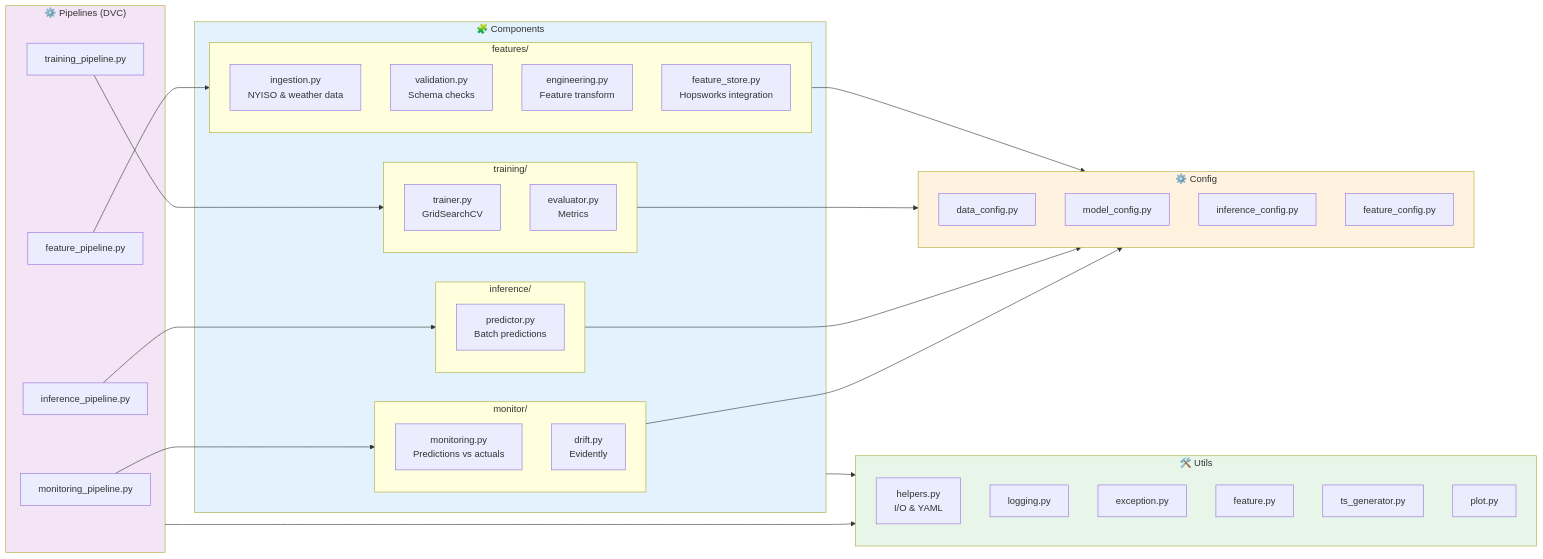
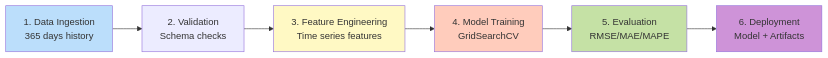
The second of 4 diagrams in README.md (JavithNaseem-J/WattPredictor), drawn with Mermaid before and after one commit. The commit also changed other lines of this file and 6 other files, not shown here.

````diff
--- a/README.md
+++ b/README.md
@@ -80,66 +100,14 @@
 ```mermaid
 graph LR
-    subgraph Components["🧩 Components"]
-        subgraph Features["features/"]
-            F1[ingestion.py<br/>NYISO & weather data]
-            F2[validation.py<br/>Schema checks]
-            F3[engineering.py<br/>Feature transform]
-            F4[feature_store.py<br/>Hopsworks integration]
-        end
-        
-        subgraph Training["training/"]
-            T1[trainer.py<br/>GridSearchCV]
-            T2[evaluator.py<br/>Metrics]
-        end
-        
-        subgraph Inference["inference/"]
-            I1[predictor.py<br/>Batch predictions]
-        end
-        
-        subgraph Monitor["monitor/"]
-            M1[monitoring.py<br/>Predictions vs actuals]
-            M2[drift.py<br/>Evidently]
-        end
-    end
+    A[1. Data Ingestion<br/>365 days history] --> B[2. Validation<br/>Schema checks]
+    B --> C[3. Feature Engineering<br/>Time series features]
+    C --> D[4. Model Training<br/>GridSearchCV]
+    D --> E[5. Evaluation<br/>RMSE/MAE/MAPE]
+    E --> F[6. Deployment<br/>Model + Artifacts]
     
-    subgraph Pipelines["⚙️ Pipelines (DVC)"]
-        P1[feature_pipeline.py]
-        P2[training_pipeline.py]
-        P3[inference_pipeline.py]
-        P4[monitoring_pipeline.py]
-    end
-    
-    subgraph Config["⚙️ Config"]
-        C1[data_config.py]
-        C2[model_config.py]
-        C3[inference_config.py]
-        C4[feature_config.py]
-    end
-    
-    subgraph Utils["🛠️ Utils"]
-        U1[helpers.py<br/>I/O & YAML]
-        U2[logging.py]
-        U3[exception.py]
-        U4[feature.py]
-        U5[ts_generator.py]
-        U6[plot.py]
-    end
-    
-    P1 --> Features
-    P2 --> Training
-    P3 --> Inference
-    P4 --> Monitor
-    
-    Features --> Config
-    Training --> Config
-    Inference --> Config
-    Monitor --> Config
-    
-    Components --> Utils
-    Pipelines --> Utils
-    
-    style Components fill:#e3f2fd
-    style Pipelines fill:#f3e5f5
-    style Config fill:#fff3e0
-    style Utils fill:#e8f5e9
+    style A fill:#bbdefb
+    style C fill:#fff9c4
+    style D fill:#ffccbc
+    style E fill:#c5e1a5
+    style F fill:#ce93d8
 ```
````
